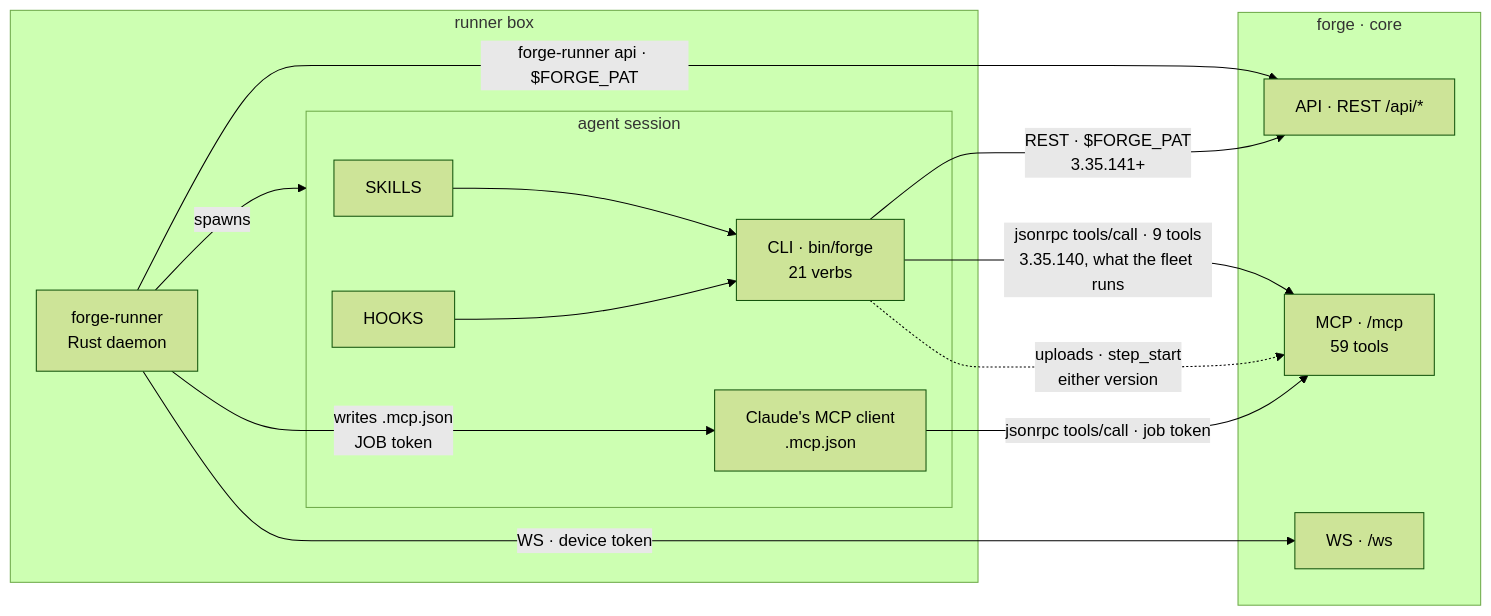
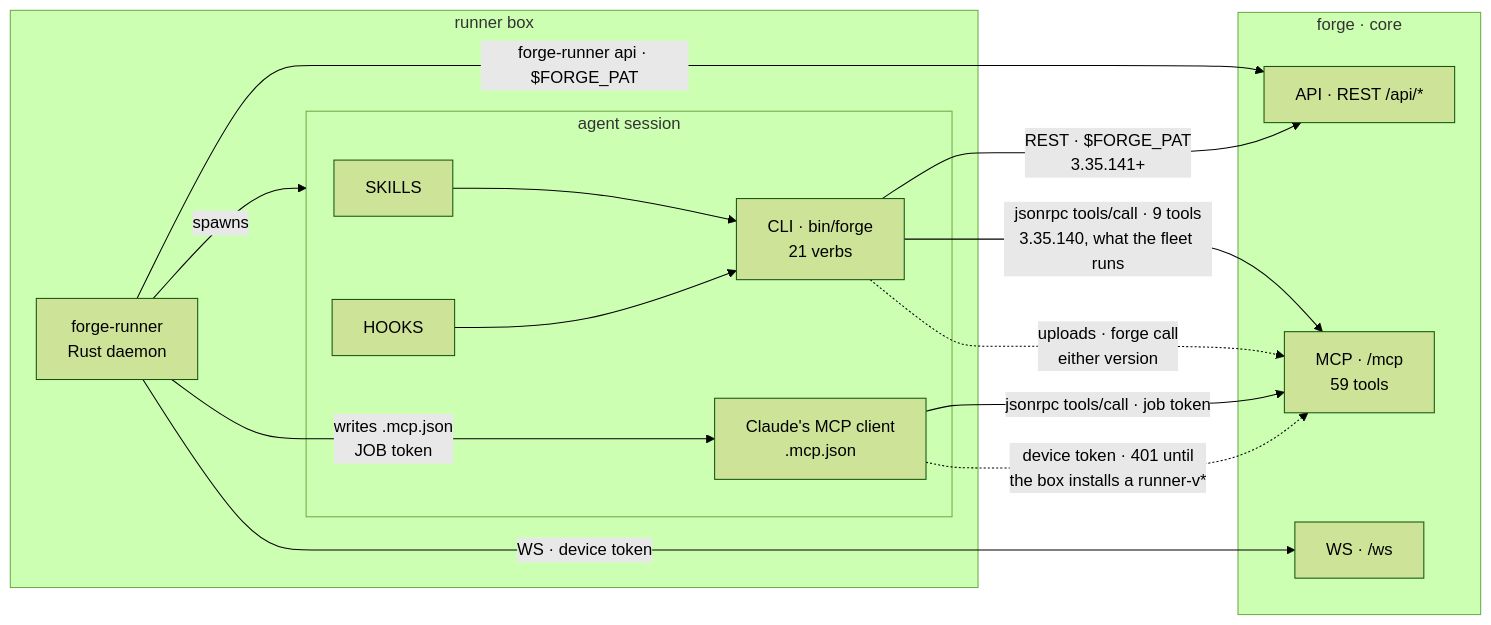
Before and after one commit to SidCorp-co/forge: the first of 2 diagrams in docs/architecture/agent-surface.md, drawn with Mermaid (forest theme). The commit also changed other lines of this file and 7 other files, not shown here.

````diff
--- a/docs/architecture/agent-surface.md
+++ b/docs/architecture/agent-surface.md
@@ -11,26 +11,27 @@
 ```mermaid
 flowchart LR
   subgraph BOX["runner box"]
     D["forge-runner<br/>Rust daemon"]
     subgraph S["agent session"]
       SK["SKILLS"] --> CLI["CLI · bin/forge<br/>21 verbs"]
       HK["HOOKS"] --> CLI
       MC["Claude's MCP client<br/>.mcp.json"]
     end
     D -->|spawns| S
     D -->|"writes .mcp.json<br/>JOB token"| MC
   end
 
   subgraph CORE["forge · core"]
     API["API · REST /api/*"]
     MCP["MCP · /mcp<br/>59 tools"]
     WS["WS · /ws"]
   end
 
   D -->|"WS · device token"| WS
   D -->|"forge-runner api · $FORGE_PAT"| API
   CLI -->|"REST · $FORGE_PAT<br/>3.35.141+"| API
   CLI -->|"jsonrpc tools/call · 9 tools<br/>3.35.140, what the fleet runs"| MCP
-  CLI -.->|"uploads · step_start<br/>either version"| MCP
+  CLI -.->|"uploads · forge call<br/>either version"| MCP
   MC -->|"jsonrpc tools/call · job token"| MCP
+  MC -.->|"device token · 401 until<br/>the box installs a runner-v*"| MCP
 ```
````
